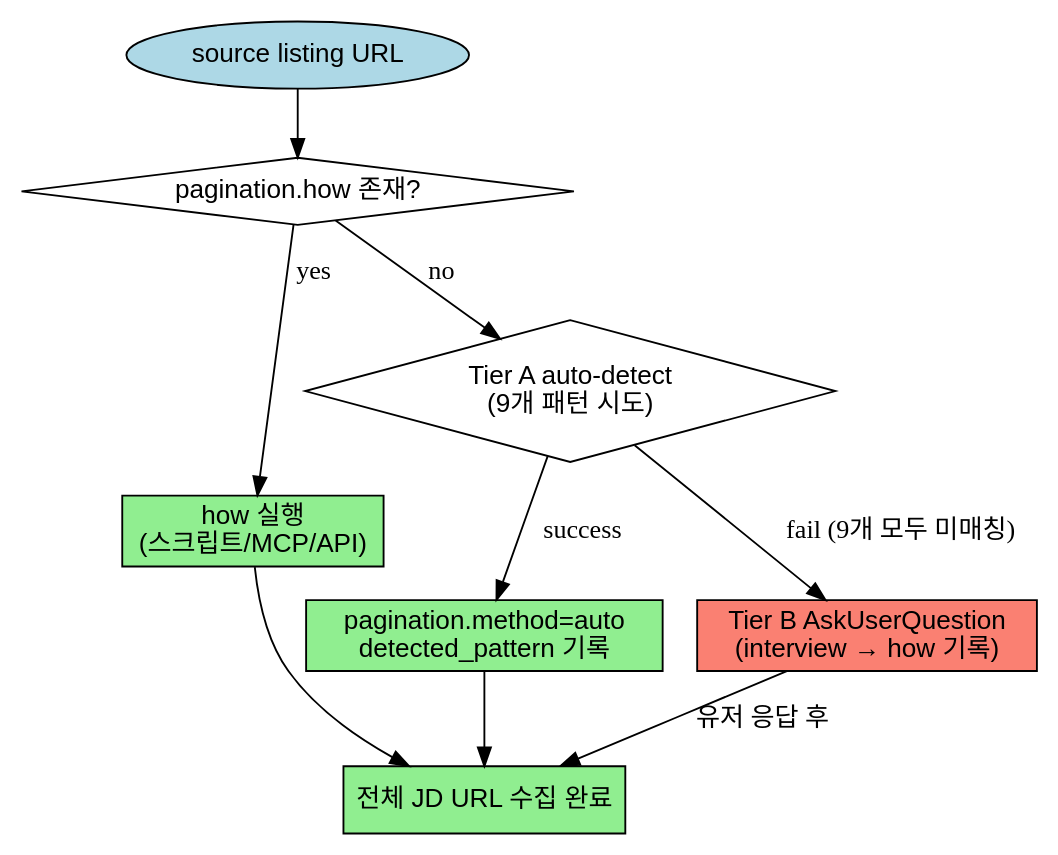
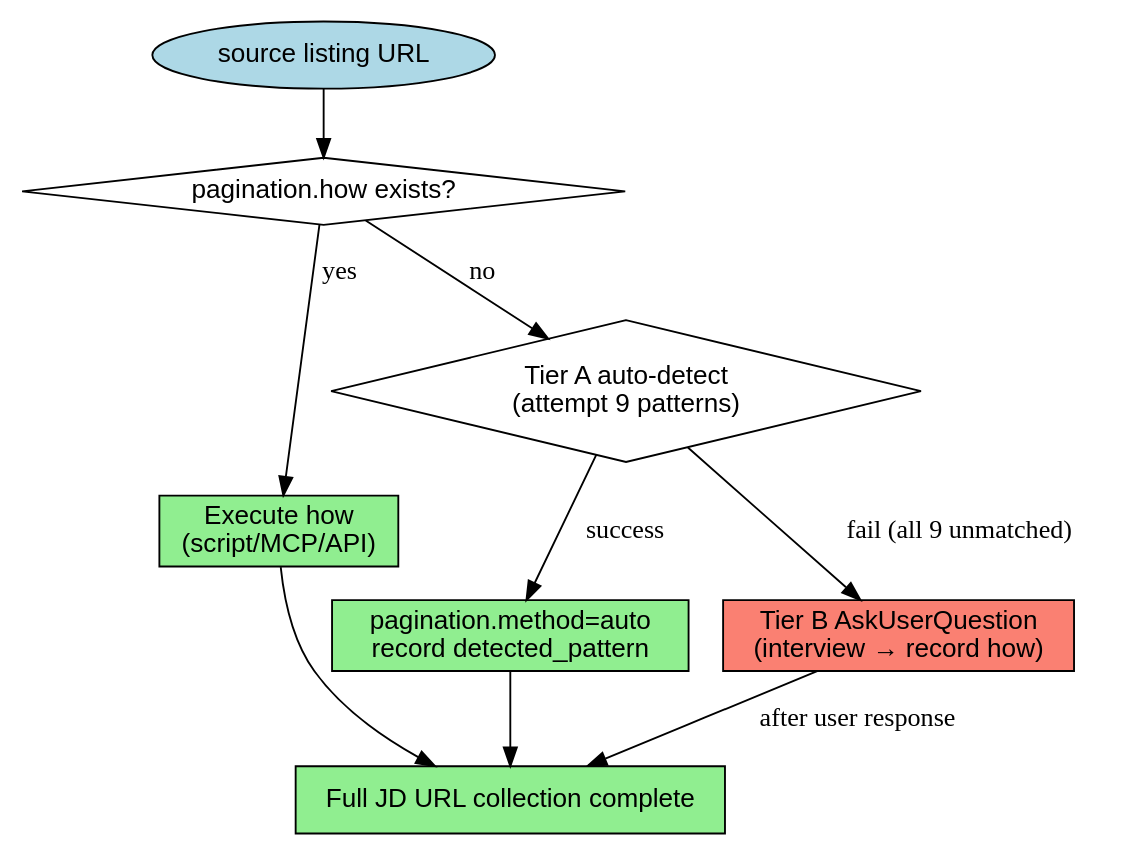
Before and after one commit to toongri/oh-my-toong-playground: the fifth of 8 diagrams in skills/collect-jd/reference/rules.md, drawn with Graphviz. The commit also changed other lines of this file and 3 other files, not shown here.

````diff
--- a/skills/collect-jd/reference/rules.md
+++ b/skills/collect-jd/reference/rules.md
@@ -447,23 +449,23 @@
 ```dot
 digraph listing_pagination {
   rankdir=TB;
   node [shape=box, fontname="Helvetica"];
 
   start [label="source listing URL", shape=ellipse, style=filled, fillcolor=lightblue];
-  how_exists [label="pagination.how 존재?", shape=diamond];
-  use_how [label="how 실행\n(스크립트/MCP/API)", style=filled, fillcolor=lightgreen];
-  tier_a [label="Tier A auto-detect\n(9개 패턴 시도)", shape=diamond];
-  record_a [label="pagination.method=auto\ndetected_pattern 기록", style=filled, fillcolor=lightgreen];
-  tier_b [label="Tier B AskUserQuestion\n(interview → how 기록)", style=filled, fillcolor=salmon];
-  fetch_all [label="전체 JD URL 수집 완료", style=filled, fillcolor=lightgreen];
+  how_exists [label="pagination.how exists?", shape=diamond];
+  use_how [label="Execute how\n(script/MCP/API)", style=filled, fillcolor=lightgreen];
+  tier_a [label="Tier A auto-detect\n(attempt 9 patterns)", shape=diamond];
+  record_a [label="pagination.method=auto\nrecord detected_pattern", style=filled, fillcolor=lightgreen];
+  tier_b [label="Tier B AskUserQuestion\n(interview → record how)", style=filled, fillcolor=salmon];
+  fetch_all [label="Full JD URL collection complete", style=filled, fillcolor=lightgreen];
 
   start -> how_exists;
   how_exists -> use_how [label="yes"];
   how_exists -> tier_a [label="no"];
   tier_a -> record_a [label="success"];
-  tier_a -> tier_b [label="fail (9개 모두 미매칭)"];
-  tier_b -> fetch_all [label="유저 응답 후"];
+  tier_a -> tier_b [label="fail (all 9 unmatched)"];
+  tier_b -> fetch_all [label="after user response"];
   record_a -> fetch_all;
   use_how -> fetch_all;
 }
 ```
````
